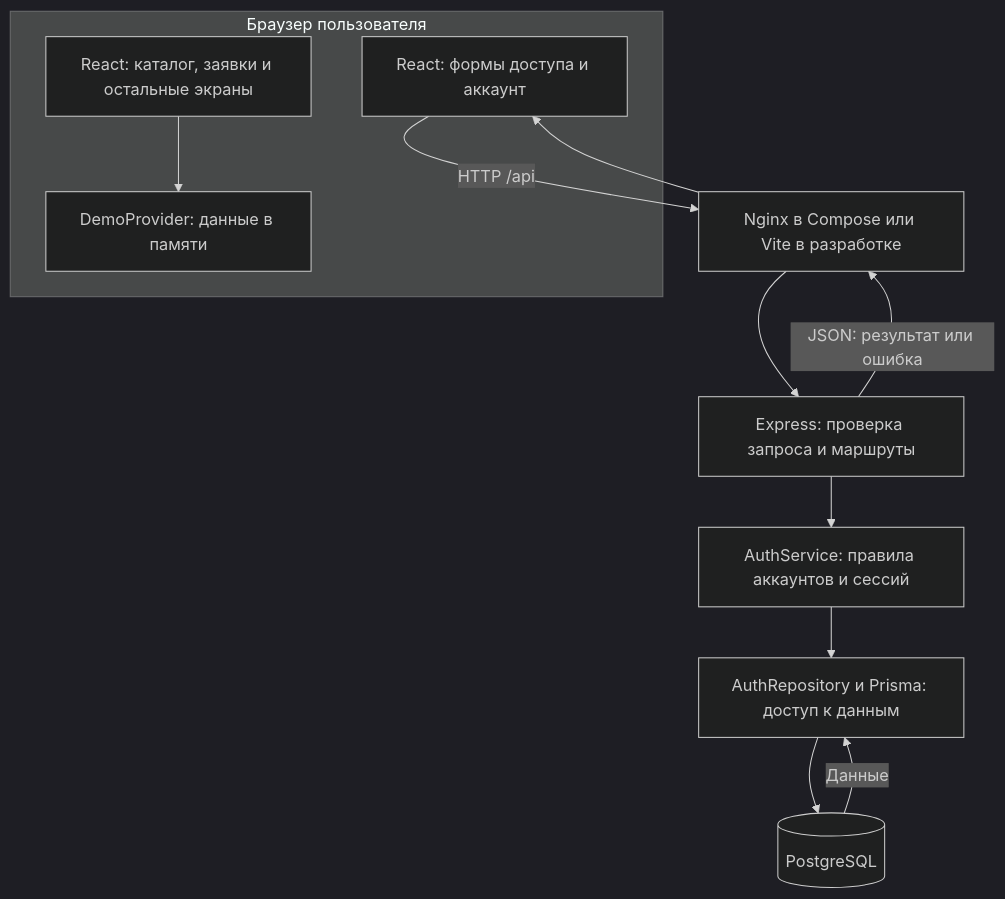
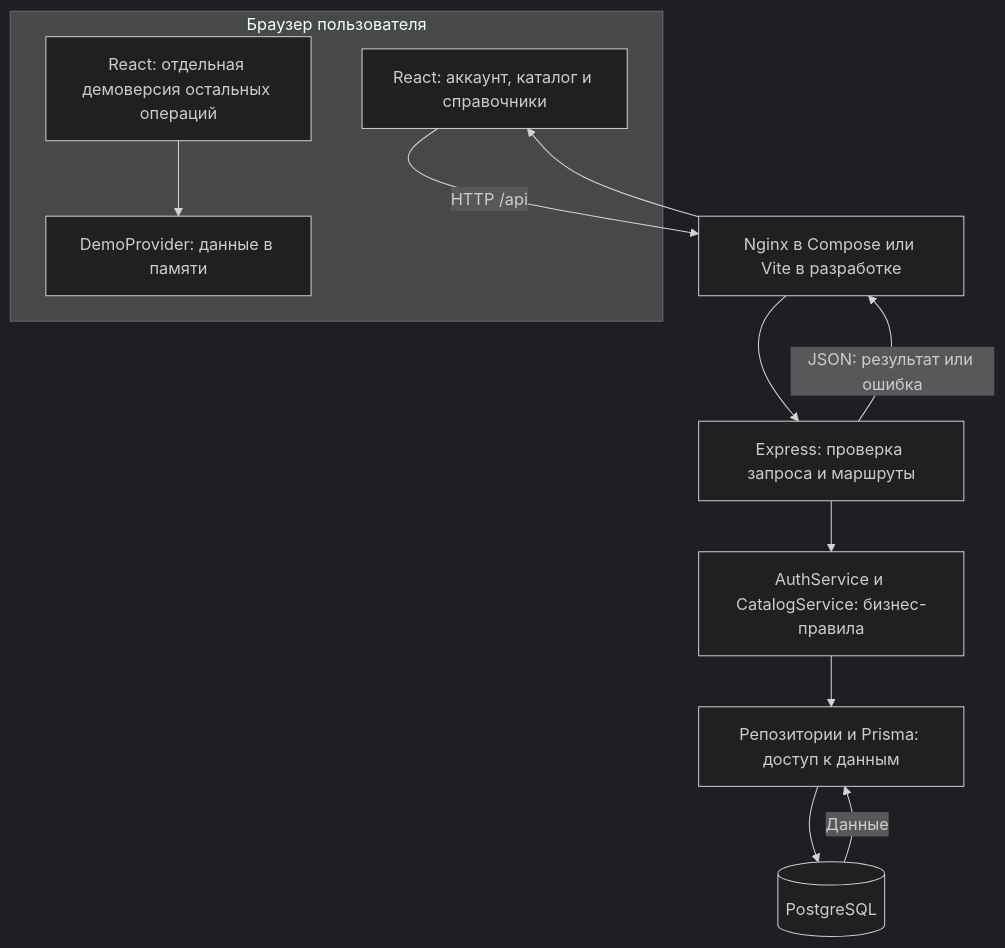
The first of 3 diagrams in docs/architecture.md (Samirrrrr123/college-inventory), drawn with Mermaid (dark theme) before and after one commit. The commit also changed other lines of this file and 29 other files, not shown here.

````diff
--- a/docs/architecture.md
+++ b/docs/architecture.md
@@ -7,22 +7,22 @@
 ```mermaid
 flowchart TB
     subgraph Browser[Браузер пользователя]
-        Account[React: формы доступа и аккаунт]
-        Screens[React: каталог, заявки и остальные экраны]
+        Account[React: аккаунт, каталог и справочники]
+        Screens[React: отдельная демоверсия остальных операций]
         Demo[DemoProvider: данные в памяти]
         Screens --> Demo
     end
     Proxy[Nginx в Compose или Vite в разработке]
     Controller[Express: проверка запроса и маршруты]
-    Service[AuthService: правила аккаунтов и сессий]
-    Repository[AuthRepository и Prisma: доступ к данным]
+    Service[AuthService и CatalogService: бизнес-правила]
+    Repository[Репозитории и Prisma: доступ к данным]
     Database[(PostgreSQL)]
     Account -->|HTTP /api| Proxy
     Proxy --> Controller
     Controller --> Service
     Service --> Repository
     Repository --> Database
     Database -->|Данные| Repository
     Controller -->|JSON: результат или ошибка| Proxy
     Proxy --> Account
 ```
````
